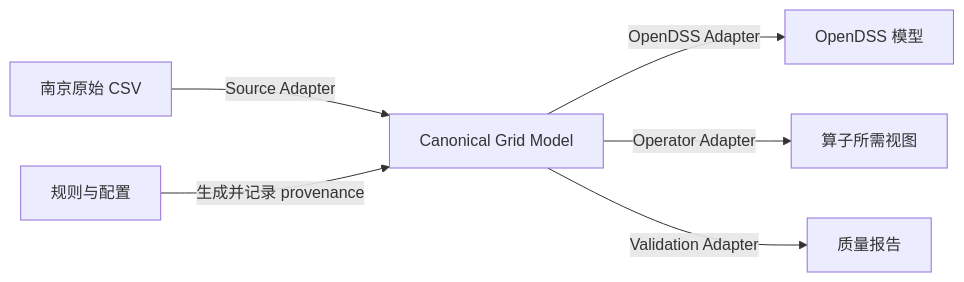
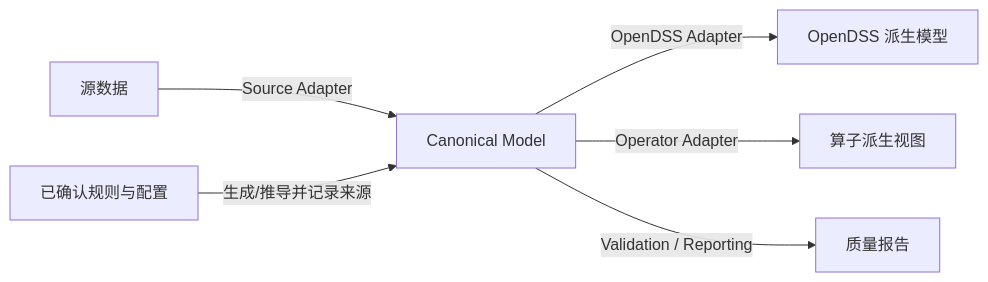
Before and after one commit to lllmml/dw-data: the diagram in docs/spec/canonical_data_spec.md, drawn with Mermaid. The commit also changed other lines of this file and 4 other files, not shown here.

````diff
--- a/docs/spec/canonical_data_spec.md
+++ b/docs/spec/canonical_data_spec.md
@@ -130,8 +56,8 @@
 ```mermaid
 flowchart LR
-    R[南京原始 CSV] -->|Source Adapter| C[Canonical Grid Model]
-    G[规则与配置] -->|生成并记录 provenance| C
-    C -->|OpenDSS Adapter| D[OpenDSS 模型]
-    C -->|Operator Adapter| O[算子所需视图]
-    C -->|Validation Adapter| Q[质量报告]
+    R[源数据] -->|Source Adapter| C[Canonical Model]
+    G[已确认规则与配置] -->|生成/推导并记录来源| C
+    C -->|OpenDSS Adapter| D[OpenDSS 派生模型]
+    C -->|Operator Adapter| O[算子派生视图]
+    C -->|Validation / Reporting| Q[质量报告]
 ```
````
